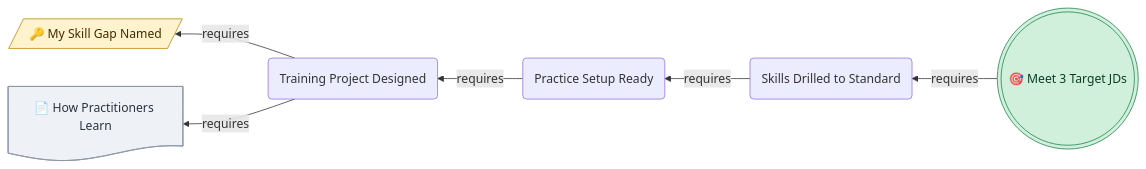
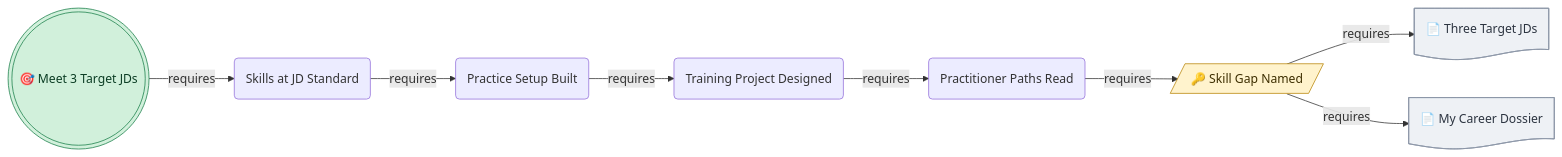
Before and after one commit to MacHu-GWU/shsk_mermaid_styles-project: the first of 6 diagrams in .claude/skills/mermaid-styles/skills/explainer-diagrams/ref/patterns/working-backwards-chain.md, drawn with Mermaid. The commit also changed other lines of this file and 1 other file, not shown here.

````diff
--- a/.claude/skills/mermaid-styles/skills/explainer-diagrams/ref/patterns/working-backwards-chain.md
+++ b/.claude/skills/mermaid-styles/skills/explainer-diagrams/ref/patterns/working-backwards-chain.md
@@ -114,20 +122,23 @@
 ```mermaid
-flowchart RL
+flowchart LR
     G@{ shape: dbl-circ, label: "🎯 Meet 3 Target JDs" }
-    E@{ shape: rounded, label: "Skills Drilled to Standard" }
-    D@{ shape: rounded, label: "Practice Setup Ready" }
+    E@{ shape: rounded, label: "Skills at JD Standard" }
+    D@{ shape: rounded, label: "Practice Setup Built" }
     C@{ shape: rounded, label: "Training Project Designed" }
-    B@{ shape: lean-r, label: "🔑 My Skill Gap Named" }
-    P@{ shape: doc, label: "📄 How Practitioners Learn" }
+    B@{ shape: rounded, label: "Practitioner Paths Read" }
+    A@{ shape: lean-r, label: "🔑 Skill Gap Named" }
+    R1@{ shape: doc, label: "📄 Three Target JDs" }
+    R2@{ shape: doc, label: "📄 My Career Dossier" }
 
-    G -->|requires| E -->|requires| D -->|requires| C -->|requires| B
-    C -->|requires| P
+    G -->|requires| E -->|requires| D -->|requires| C -->|requires| B -->|requires| A
+    A -->|requires| R1
+    A -->|requires| R2
 
     classDef goalNode fill:#D1F0DB,stroke:#1B7F4B,color:#0B3D24
     classDef groundNode fill:#FFF3CD,stroke:#B8860B,color:#3D2E00
     classDef materialNode fill:#EEF1F5,stroke:#8A94A6,color:#2C3440
 
     class G goalNode
-    class B groundNode
-    class P materialNode
+    class A groundNode
+    class R1,R2 materialNode
 ```
````
